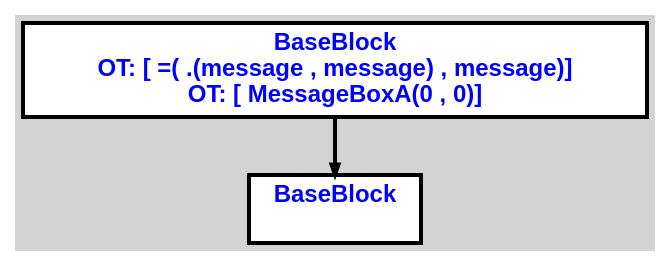
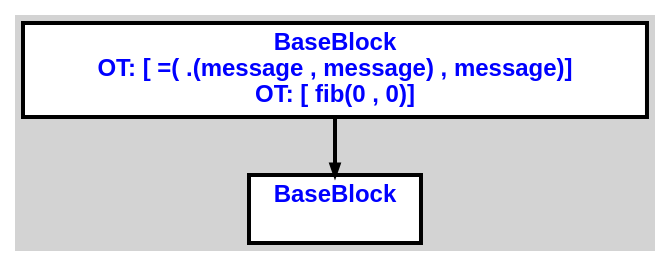
One commit to aveen007/CountingMonkeys changed the diagram in cpoCompilerWin/input2.txt.ShowMessage.dot. Above: the diagram before and after it, drawn with Graphviz. The commit also changed 19 other files, not shown here.

```diff
--- a/cpoCompilerWin/input2.txt.ShowMessage.dot
+++ b/cpoCompilerWin/input2.txt.ShowMessage.dot
@@ -1,12 +1,12 @@
 digraph G {
 ordering=out;
 ranksep=.4;
 bgcolor="lightgrey";  node [shape=box, fixedsize=false, fontsize=12, fontname="Helvetica-bold", fontcolor="blue"
 width=.25, height=.25, color="black", fillcolor="white", style="filled, solid, bold"];
 
-edge [arrowsize=.5, color="black", style="bold"]    n000011831EEA28A0 [label="BaseBlock\n OT: [ =( .(message , message) , message)]
-OT: [ MessageBoxA(0 , 0)]
+edge [arrowsize=.5, color="black", style="bold"]    n000011C81FF229C0 [label="BaseBlock\n OT: [ =( .(message , message) , message)]
+OT: [ fib(0 , 0)]
 "]
-    n000011831EEA2900 [label="BaseBlock\n "]
-    n000011831EEA28A0 -> n000011831EEA2900
+    n000011C81FF22A20 [label="BaseBlock\n "]
+    n000011C81FF229C0 -> n000011C81FF22A20
 }
```
